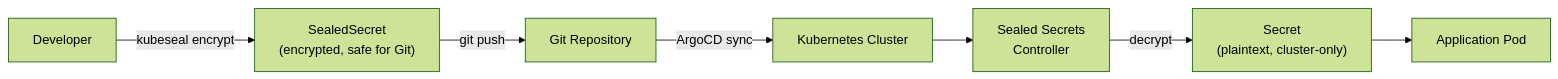
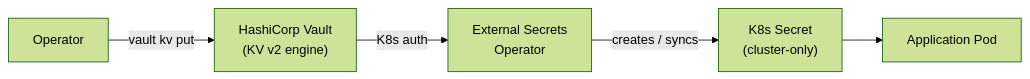
The first of 2 diagrams in docs/architecture/secrets.md (kyleseneker/homelab), drawn with Mermaid (forest theme) before and after one commit. The commit also changed other lines of this file and 74 other files, not shown here.

Commit message:
feat: migrate secrets management from Sealed Secrets to ESO + Vault

````diff
--- a/docs/architecture/secrets.md
+++ b/docs/architecture/secrets.md
@@ -9,9 +9,7 @@
 ```mermaid
 flowchart LR
-    dev["Developer"] -->|"kubeseal encrypt"| sealedSecret["SealedSecret\n(encrypted, safe for Git)"]
-    sealedSecret -->|"git push"| gitRepo["Git Repository"]
-    gitRepo -->|"ArgoCD sync"| cluster["Kubernetes Cluster"]
-    cluster --> controller["Sealed Secrets\nController"]
-    controller -->|"decrypt"| secret["Secret\n(plaintext, cluster-only)"]
+    operator["Operator"] -->|"vault kv put"| vault["HashiCorp Vault\n(KV v2 engine)"]
+    vault -->|"K8s auth"| eso["External Secrets\nOperator"]
+    eso -->|"creates / syncs"| secret["K8s Secret\n(cluster-only)"]
     secret --> app["Application Pod"]
 ```
````
